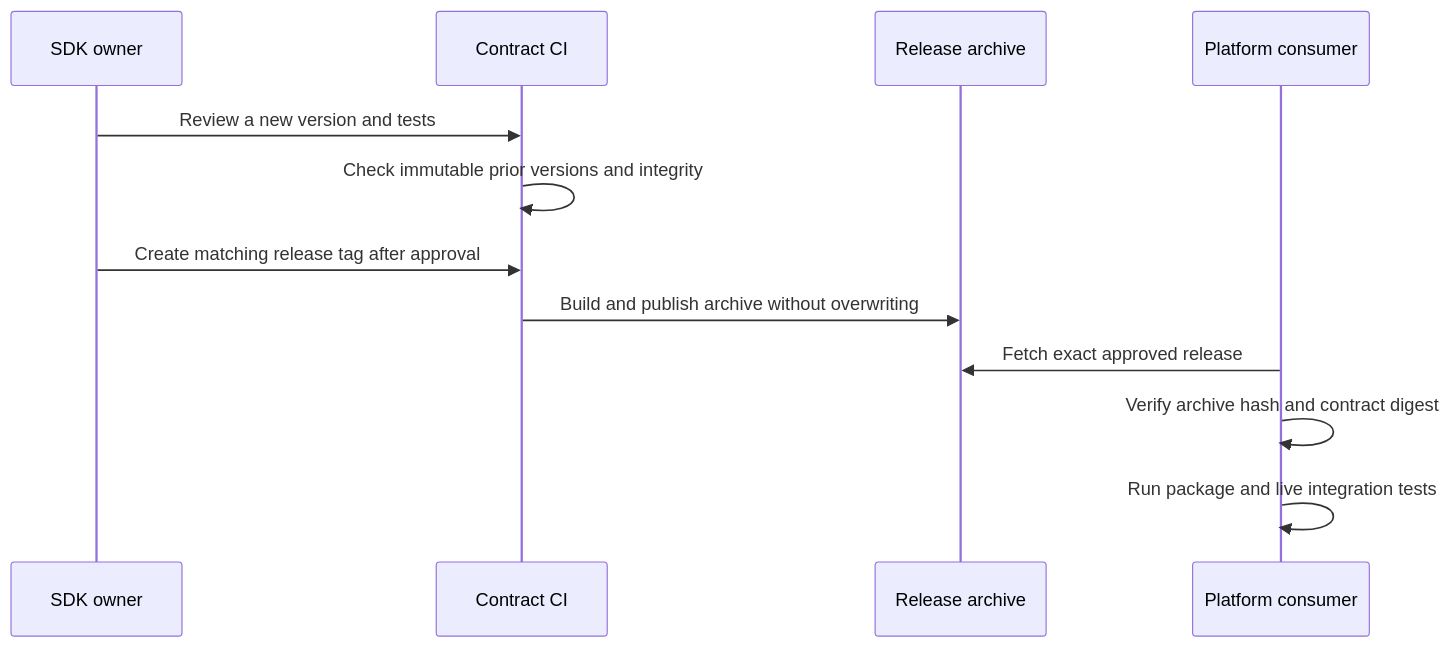
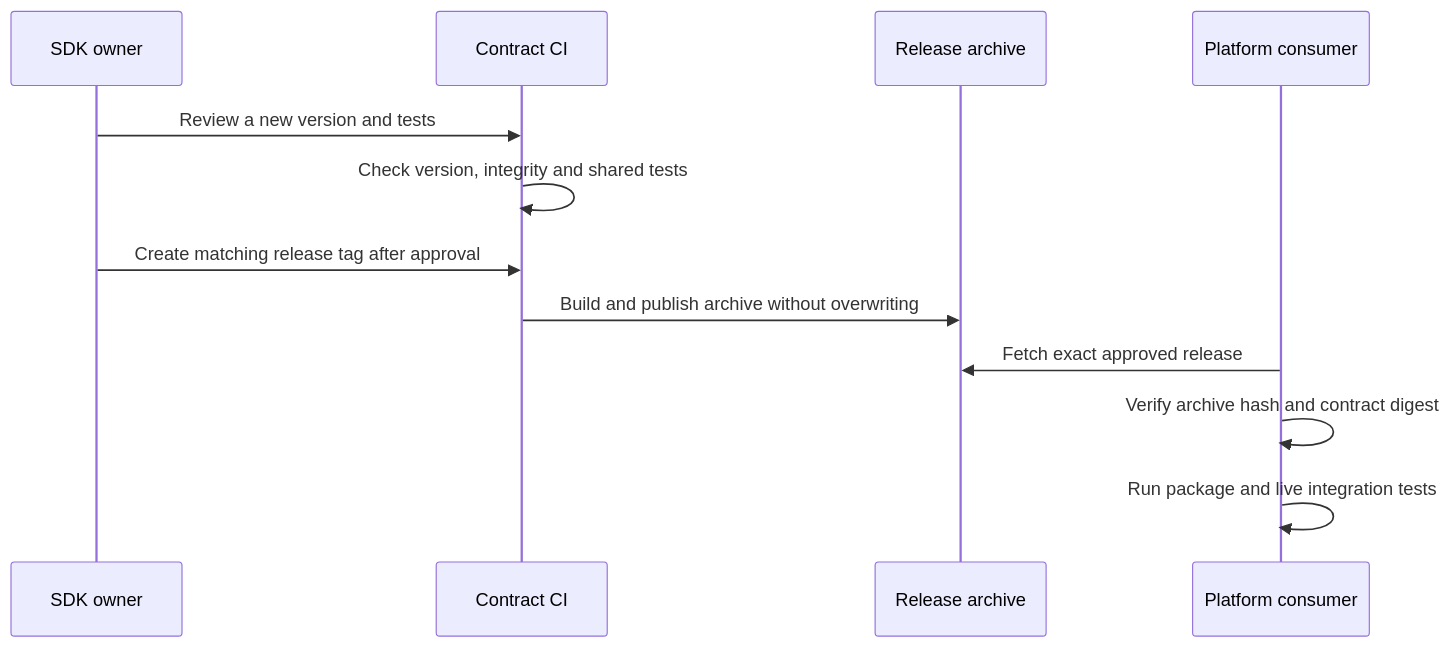
The second of 2 diagrams in contracts/log-correlation/README.md (onenexus-team/onenexus-sdks), drawn with Mermaid before and after one commit. The commit also changed other lines of this file and 16 other files, not shown here.

````diff
--- a/contracts/log-correlation/README.md
+++ b/contracts/log-correlation/README.md
@@ -125,14 +125,14 @@
 ```mermaid
 sequenceDiagram
     participant O as SDK owner
     participant CI as Contract CI
     participant A as Release archive
     participant P as Platform consumer
     O->>CI: Review a new version and tests
-    CI->>CI: Check immutable prior versions and integrity
+    CI->>CI: Check version, integrity and shared tests
     O->>CI: Create matching release tag after approval
     CI->>A: Build and publish archive without overwriting
     P->>A: Fetch exact approved release
     P->>P: Verify archive hash and contract digest
     P->>P: Run package and live integration tests
 ```
````
